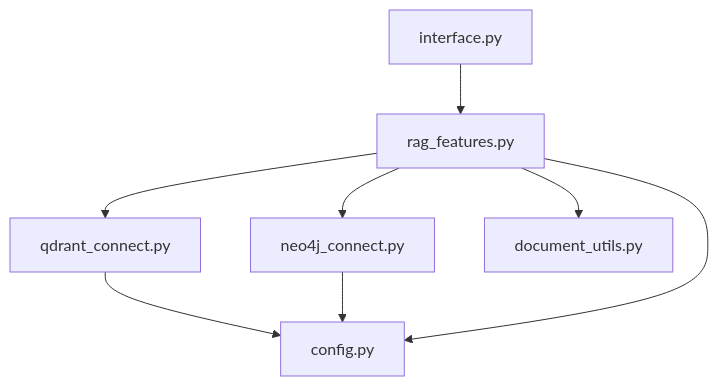
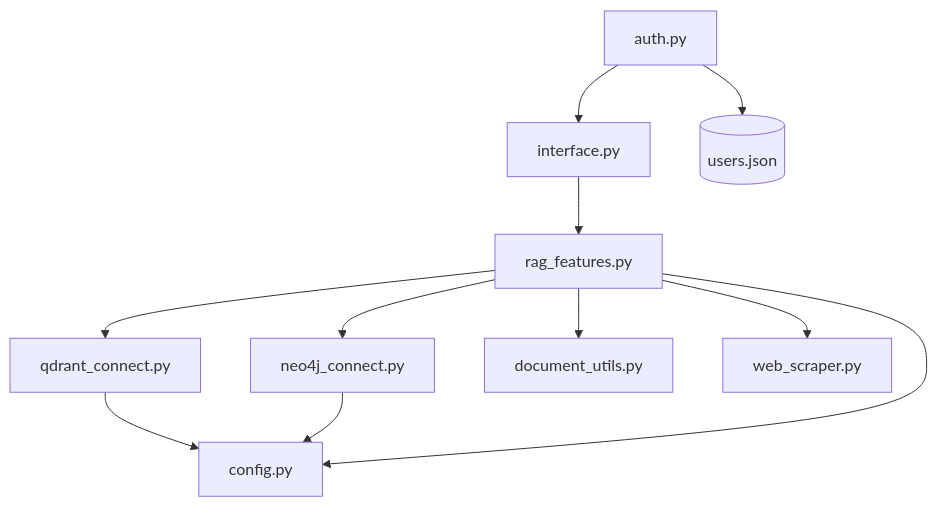
One commit to spindigits/ai4industry changed the diagram in BluePrint.md. Above: the diagram before and after it, drawn with Mermaid. The commit also changed other lines of this file and 4 other files, not shown here.

````diff
--- a/BluePrint.md
+++ b/BluePrint.md
@@ -11,10 +11,13 @@
 ```mermaid
 graph TD
-    UI[interface.py] --> RAG[rag_features.py]
+    Auth[auth.py] --> UI[interface.py]
+    UI --> RAG[rag_features.py]
     RAG --> Qdrant[qdrant_connect.py]
     RAG --> Neo4j[neo4j_connect.py]
     RAG --> Docs[document_utils.py]
+    RAG --> Scraper[web_scraper.py]
     Qdrant --> Config[config.py]
     Neo4j --> Config
     RAG --> Config
+    Auth --> Users[(users.json)]
 ```
````
